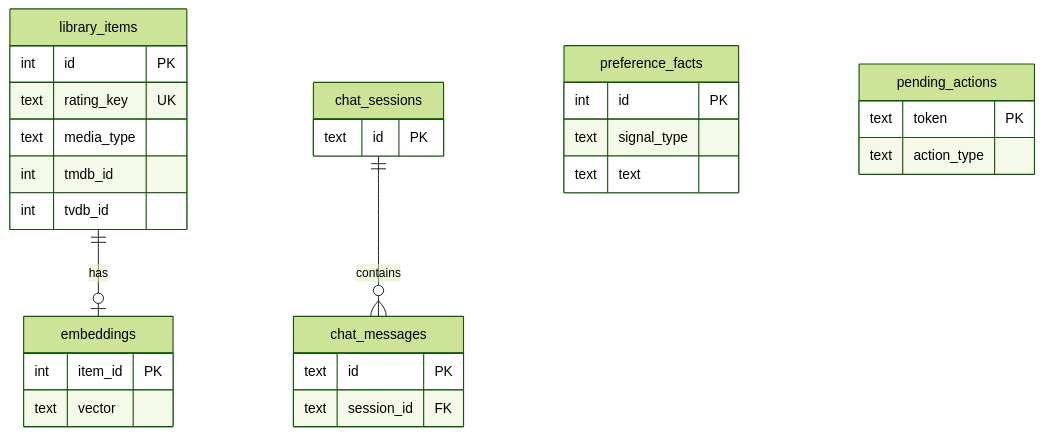
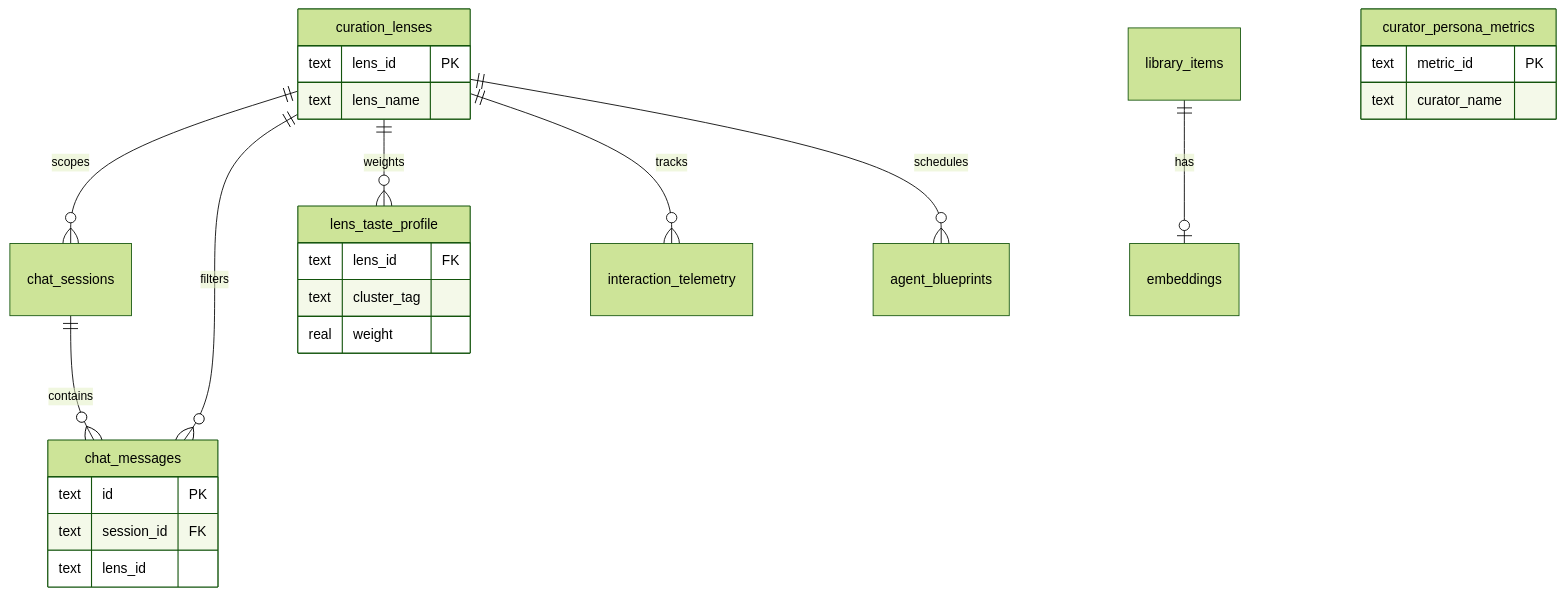
Before and after one commit to romwil/curatorx: the diagram in docs/DATA_MODEL.md, drawn with Mermaid (forest theme). The commit also changed other lines of this file and 91 other files, not shown here.

First line of the commit message:
CuratorX Phase 1: rename, lens isolation, persona, dual UI foundations

````diff
--- a/docs/DATA_MODEL.md
+++ b/docs/DATA_MODEL.md
@@ -254,32 +230,28 @@
 ```mermaid
 erDiagram
+    curation_lenses ||--o{ chat_sessions : scopes
+    curation_lenses ||--o{ chat_messages : filters
+    curation_lenses ||--o{ lens_taste_profile : weights
+    curation_lenses ||--o{ interaction_telemetry : tracks
+    curation_lenses ||--o{ agent_blueprints : schedules
     library_items ||--o| embeddings : has
     chat_sessions ||--o{ chat_messages : contains
-    library_items {
-        int id PK
-        text rating_key UK
-        text media_type
-        int tmdb_id
-        int tvdb_id
-    }
-    embeddings {
-        int item_id PK
-        text vector
-    }
-    preference_facts {
-        int id PK
-        text signal_type
-        text text
-    }
-    pending_actions {
-        text token PK
-        text action_type
-    }
-    chat_sessions {
-        text id PK
+    curation_lenses {
+        text lens_id PK
+        text lens_name
     }
     chat_messages {
         text id PK
         text session_id FK
+        text lens_id
+    }
+    lens_taste_profile {
+        text lens_id FK
+        text cluster_tag
+        real weight
+    }
+    curator_persona_metrics {
+        text metric_id PK
+        text curator_name
     }
 ```
````
